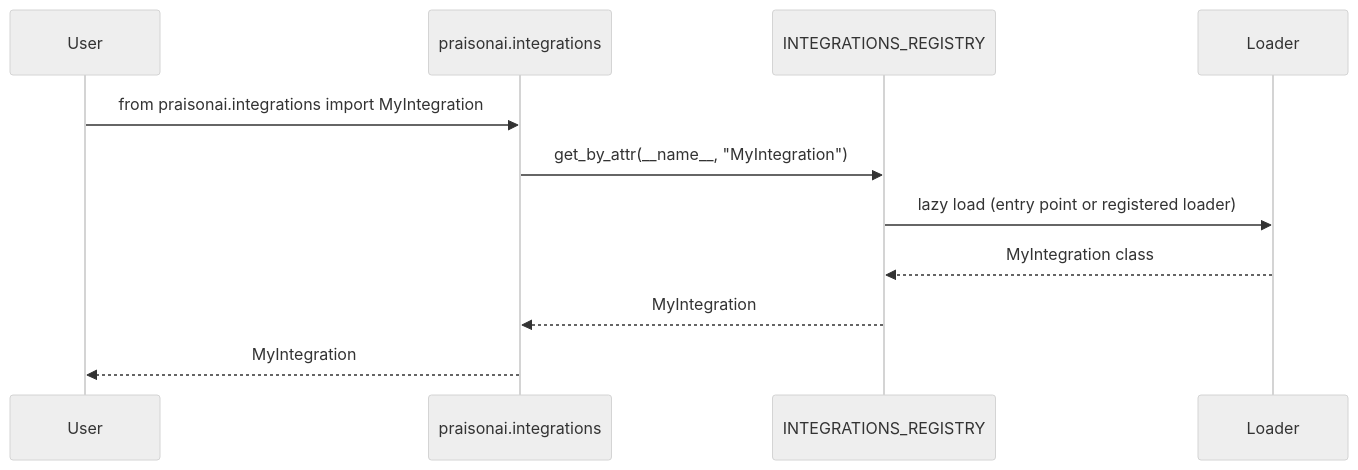
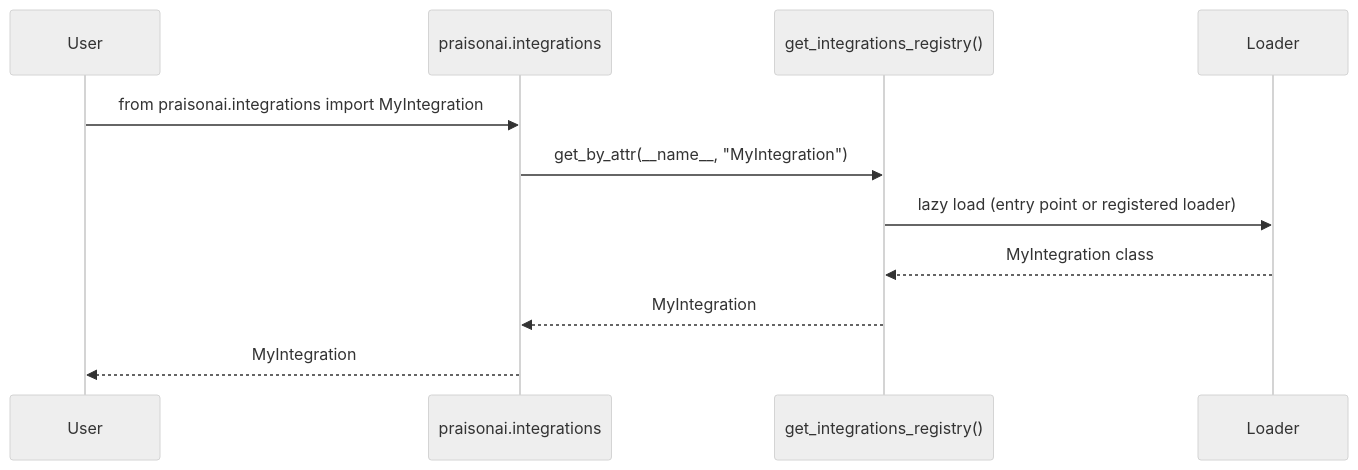
The second of 2 diagrams in docs/features/integration-registry.mdx (MervinPraison/PraisonAIDocs), drawn with Mermaid (neutral theme) before and after one commit. The commit also changed other lines of this file and 6 other files, not shown here.

````diff
--- a/docs/features/integration-registry.mdx
+++ b/docs/features/integration-registry.mdx
@@ -85,14 +86,14 @@
 ```mermaid
 sequenceDiagram
     participant User
     participant Mod as praisonai.integrations
-    participant Reg as INTEGRATIONS_REGISTRY
+    participant Reg as get_integrations_registry()
     participant Loader
 
     User->>Mod: from praisonai.integrations import MyIntegration
     Mod->>Reg: get_by_attr(__name__, "MyIntegration")
     Reg->>Loader: lazy load (entry point or registered loader)
     Loader-->>Reg: MyIntegration class
     Reg-->>Mod: MyIntegration
     Mod-->>User: MyIntegration
 ```
````
